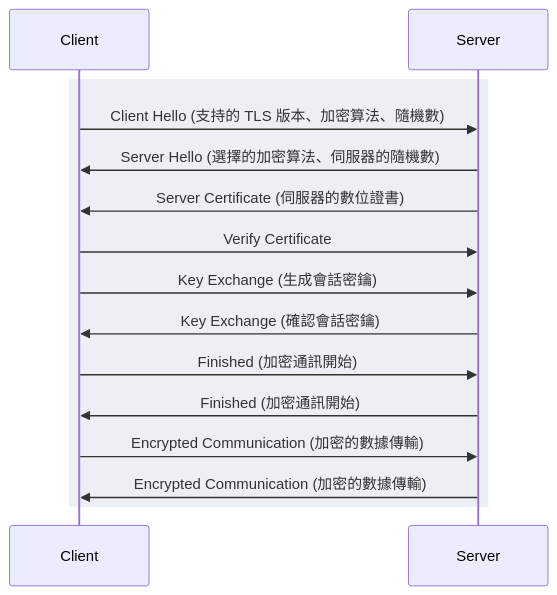
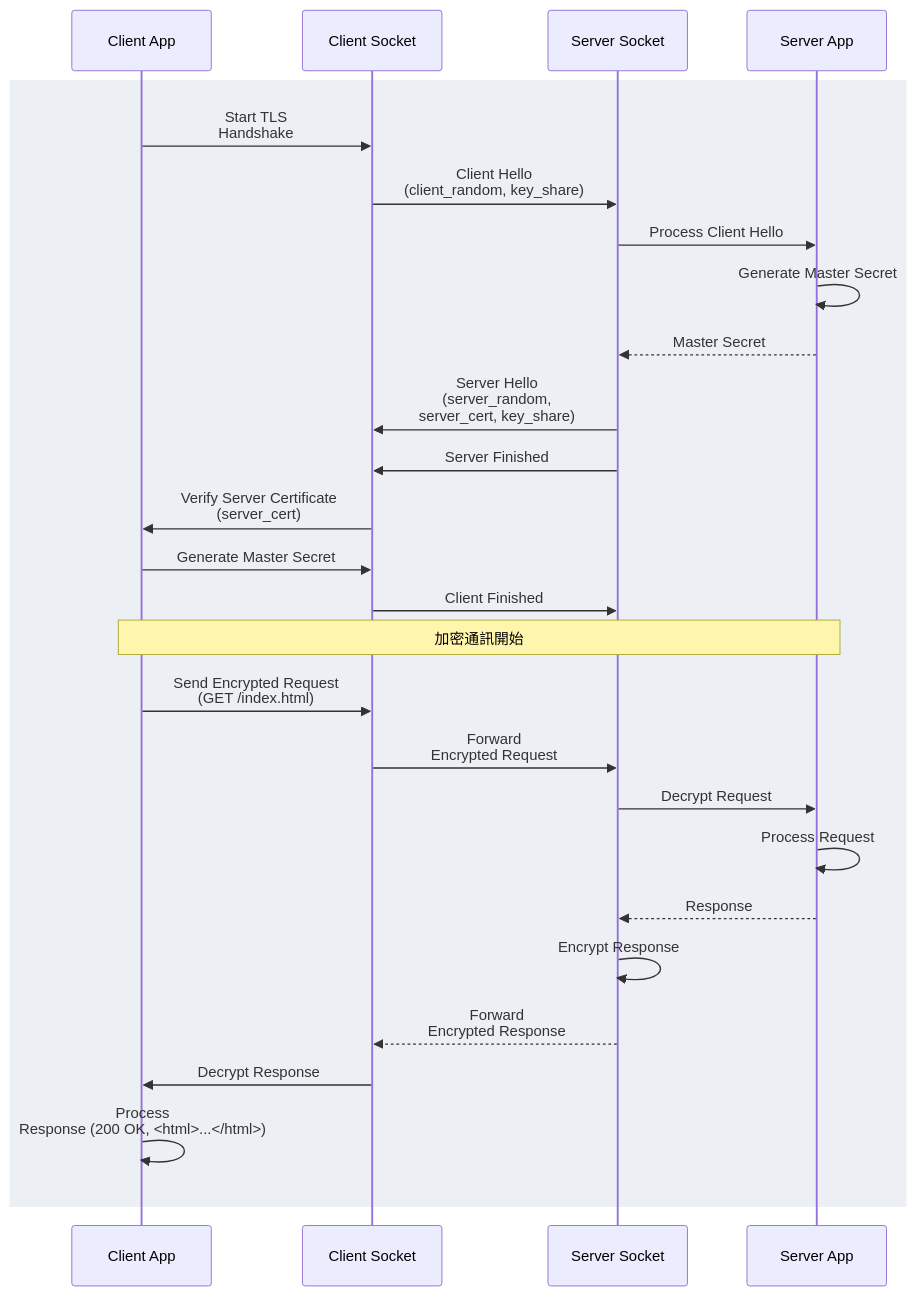
The first of 7 diagrams in content/blogs/develop/2024/tls_tutorial_with_two_practice/index.md (omegaatt36/omegaatt-blog), drawn with Mermaid before and after one commit. The commit also changed other lines of this file and 6 other files, not shown here.

````diff
--- a/content/blogs/develop/2024/tls_tutorial_with_two_practice/index.md
+++ b/content/blogs/develop/2024/tls_tutorial_with_two_practice/index.md
@@ -68,18 +76,30 @@
 ```mermaid
 sequenceDiagram
-    participant Client
-    participant Server
+    participant Client App
+    participant Client Socket
+    participant Server Socket
+    participant Server App
 
     rect rgb(236,239,244)
-    Client->>Server: Client Hello (支持的 TLS 版本、加密算法、隨機數)
-    Server->>Client: Server Hello (選擇的加密算法、伺服器的隨機數)
-    Server->>Client: Server Certificate (伺服器的數位證書)
-    Client->>Server: Verify Certificate
-    Client->>Server: Key Exchange (生成會話密鑰)
-    Server->>Client: Key Exchange (確認會話密鑰)
-    Client->>Server: Finished (加密通訊開始)
-    Server->>Client: Finished (加密通訊開始)
-    Client->>Server: Encrypted Communication (加密的數據傳輸)
-    Server->>Client: Encrypted Communication (加密的數據傳輸)
+    Client App->>Client Socket: Start TLS <br> Handshake
+    Client Socket->>Server Socket: Client Hello <br> (client_random, key_share)
+    Server Socket->>Server App: Process Client Hello
+    Server App->>Server App: Generate Master Secret
+    Server App-->>Server Socket: Master Secret
+    Server Socket->>Client Socket: Server Hello <br> (server_random, <br> server_cert, key_share)
+    Server Socket->>Client Socket: Server Finished
+    Client Socket->>Client App: Verify Server Certificate <br> (server_cert)
+    Client App->>Client Socket: Generate Master Secret
+    Client Socket->>Server Socket: Client Finished
+    Note over Client App, Server App: 加密通訊開始
+    Client App->>Client Socket: Send Encrypted Request <br> (GET /index.html)
+    Client Socket->>Server Socket: Forward <br> Encrypted Request
+    Server Socket->>Server App: Decrypt Request
+    Server App->>Server App: Process Request
+    Server App-->>Server Socket: Response
+    Server Socket->>Server Socket: Encrypt Response
+    Server Socket-->>Client Socket: Forward <br> Encrypted Response
+    Client Socket->>Client App: Decrypt Response
+    Client App->>Client App: Process <br> Response (200 OK, <html>...</html>)
     end
 ```
````
